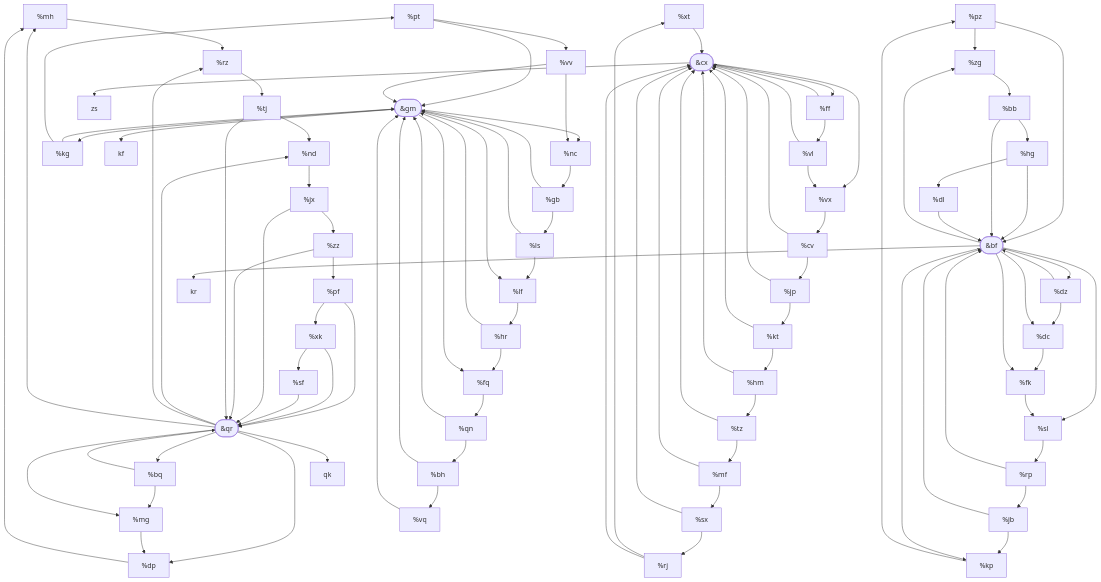
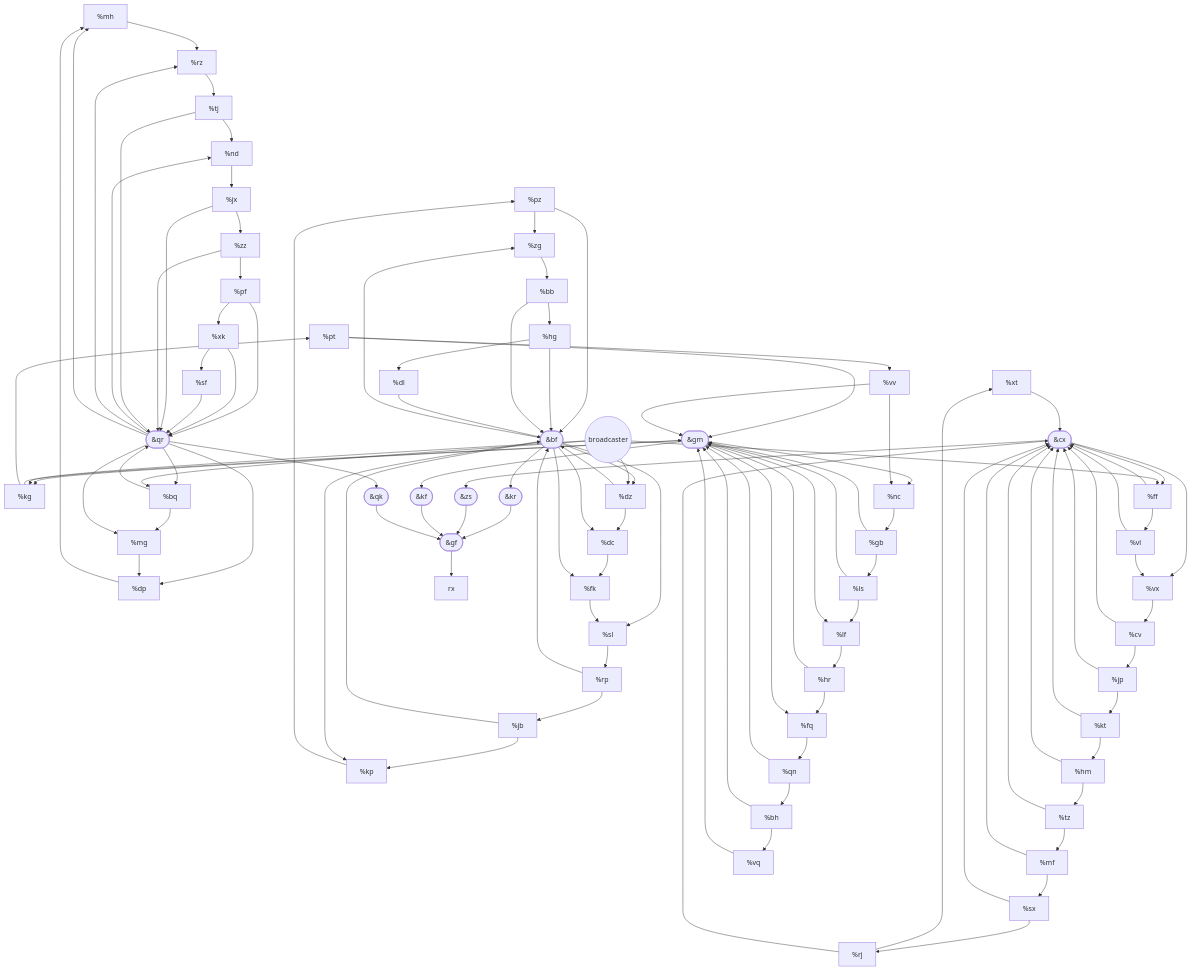
Before and after one commit to rowanhill/aoc23: the diagram in notes/day20/full.mermaid, drawn with Mermaid.

Commit message:
Day 20: remove debug commenting out in full.mermaid

```diff
--- a/notes/day20/full.mermaid
+++ b/notes/day20/full.mermaid
@@ -1,59 +1,59 @@
 flowchart TD
     mh[%mh] --> rz
     nd[%nd] --> jx
     xt[%xt] --> cx
     dp[%dp] --> mh
     pz[%pz] --> zg & bf
     rp[%rp] --> jb & bf
     jb[%jb] --> bf & kp
     rj[%rj] --> xt & cx
     hg[%hg] --> dl & bf
     pt[%pt] --> gm & vv
     pf[%pf] --> xk & qr
     cv[%cv] --> jp & cx
     zg[%zg] --> bb
     qn[%qn] --> gm & bh
     kp[%kp] --> pz
     kg[%kg] --> gm & pt
     sl[%sl] --> rp
     dz[%dz] --> bf & dc
     hm[%hm] --> cx & tz
     dc[%dc] --> fk
     xk[%xk] --> qr & sf
-    %% kr([&kr]) --> gf
+    kr([&kr]) --> gf
     bq[%bq] --> qr & mg
     sf[%sf] --> qr
     cx([&cx]) --> ff & vx & zs
     hr[%hr] --> fq & gm
     ls[%ls] --> lf & gm
     mf[%mf] --> cx & sx
     vq[%vq] --> gm
     sx[%sx] --> cx & rj
     gm([&gm]) --> kg & kf & fq & nc & lf
     jx[%jx] --> qr & zz
     tz[%tz] --> mf & cx
     jp[%jp] --> cx & kt
     bb[%bb] --> hg & bf
     zz[%zz] --> pf & qr
     qr([&qr]) --> dp & bq & nd & rz & mg & qk & mh
     nc[%nc] --> gb
     kt[%kt] --> hm & cx
     mg[%mg] --> dp
     dl[%dl] --> bf
-    %% zs([&zs]) --> gf
+    zs([&zs]) --> gf
     bf([&bf]) --> dz & zg & kr & sl & fk & kp & dc
     bh[%bh] --> vq & gm
-    %% kf([&kf]) --> gf
+    kf([&kf]) --> gf
     fq[%fq] --> qn
     vl[%vl] --> vx & cx
-    %% qk([&qk]) --> gf
+    qk([&qk]) --> gf
     fk[%fk] --> sl
     tj[%tj] --> nd & qr
     gb[%gb] --> ls & gm
     lf[%lf] --> hr
     vx[%vx] --> cv
     ff[%ff] --> vl & cx
-    %% b((broadcaster)) --> kg & dz & ff & bq
+    b((broadcaster)) --> kg & dz & ff & bq
     vv[%vv] --> nc & gm
-    %% gf([&gf]) --> rx
+    gf([&gf]) --> rx
     rz[%rz] --> tj
```
